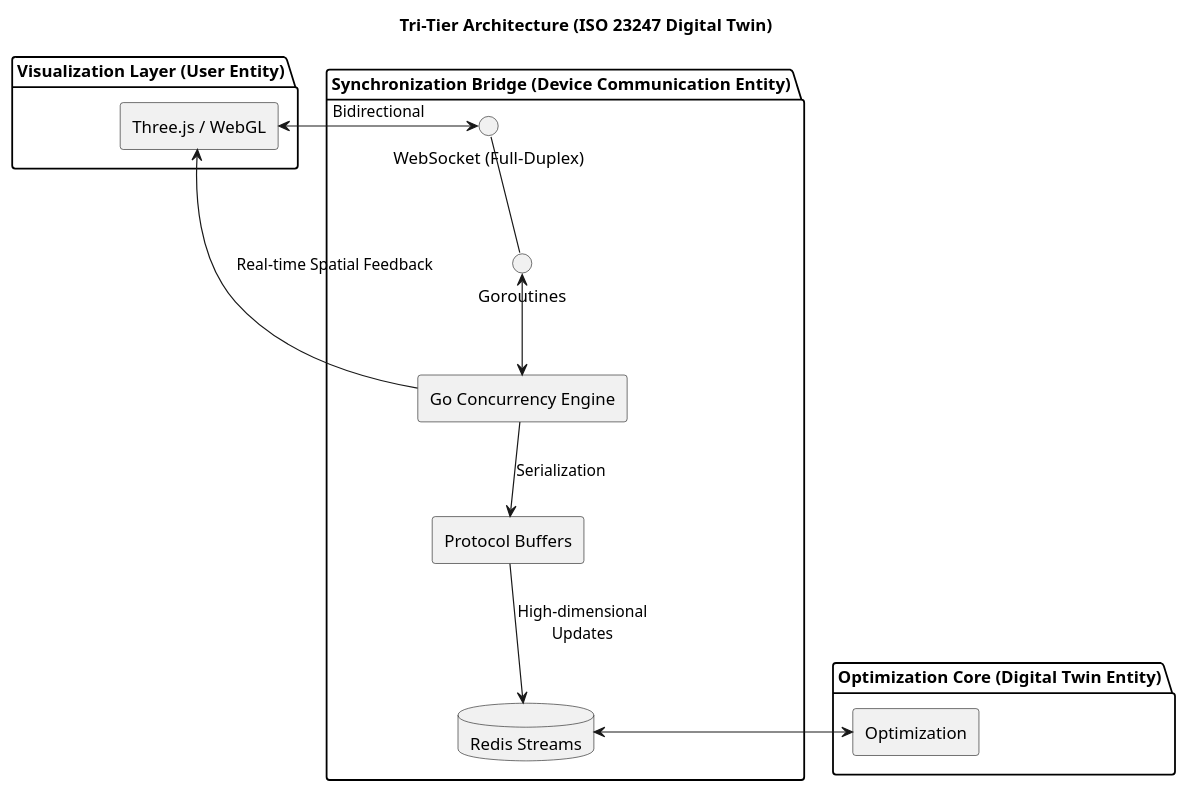
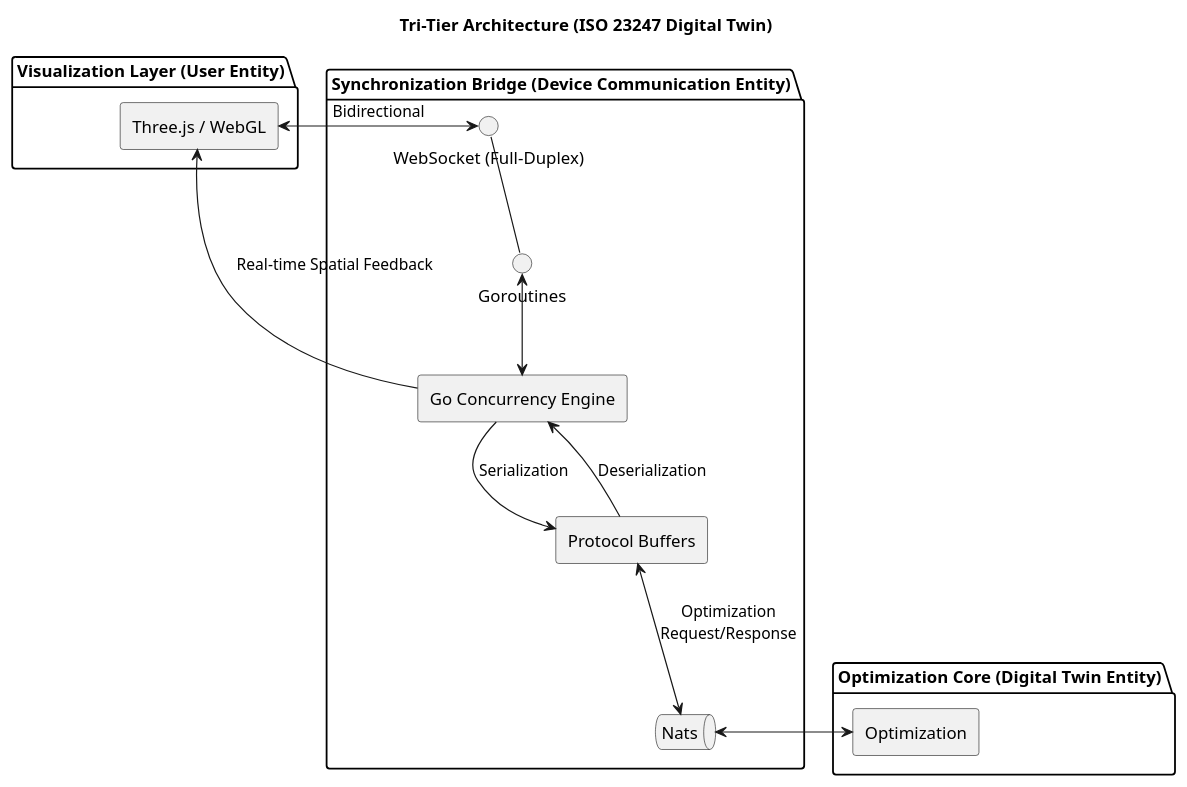
One commit to Ministry-of-Learning-of-Jura-Kites/OmniCam changed the diagram in predictive-algorithm/system_dia.puml. Above: the diagram before and after it, drawn with PlantUML. The commit also changed 5 other files, not shown here.

```diff
--- a/predictive-algorithm/system_dia.puml
+++ b/predictive-algorithm/system_dia.puml
@@ -1,39 +1,40 @@
 @startuml
 skinparam componentStyle rectangle
 skinparam monochrome true
 skinparam shadowing false
 skinparam nodesep 60
 skinparam ranksep 60
 
 title Tri-Tier Architecture (ISO 23247 Digital Twin)
 
 package "Visualization Layer (User Entity)" {
     [Three.js / WebGL] as UI
 }
 
 package "Synchronization Bridge (Device Communication Entity)" {
     [Go Concurrency Engine] as Bridge
-    database "Redis Streams" as Redis
+    queue "Nats" as Nats
     [Protocol Buffers] as Protobuf
     
     interface "WebSocket (Full-Duplex)" as WS
     interface "Goroutines" as Goro
 }
 
 package "Optimization Core (Digital Twin Entity)" {
     [Optimization] as opt
 }
 
 UI <-> WS : "Bidirectional"
 
 WS -- Goro
 Goro <--> Bridge
 
 Bridge -down-> Protobuf : "Serialization"
-Protobuf -down-> Redis : "High-dimensional\nUpdates"
+Bridge <-- Protobuf : "Deserialization"
+Protobuf <-down-> Nats : "Optimization\nRequest/Response"
 
-Redis <-> opt
+Nats <-> opt
 
 Bridge -up-> UI : "Real-time Spatial Feedback"
 
 @enduml
```
